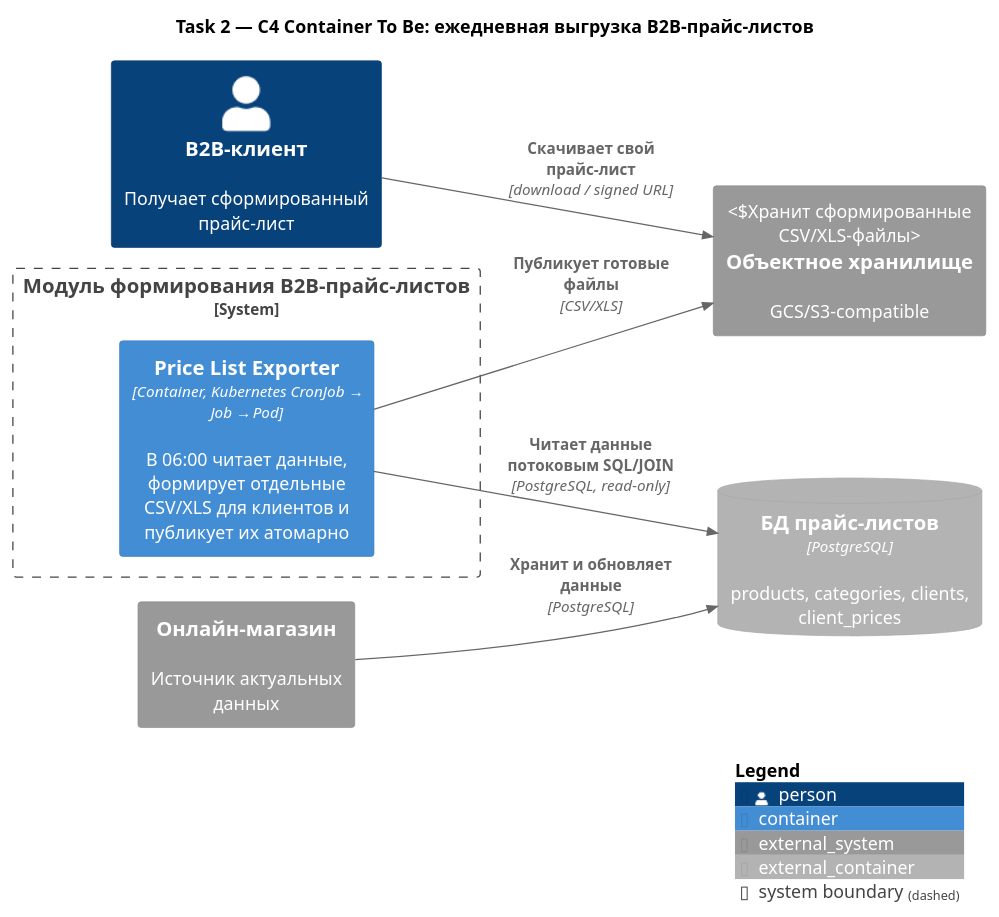
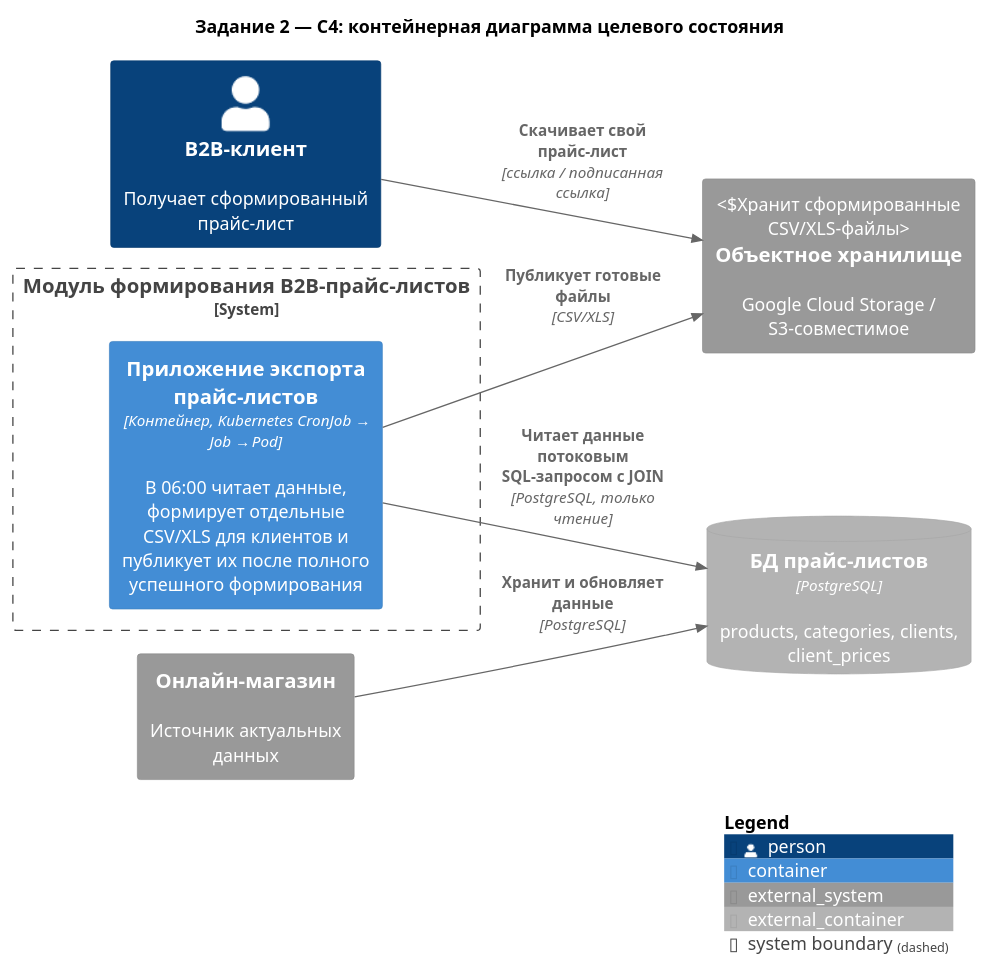
Before and after one commit to FFinn/msa-project-5-base-v1: the diagram in task-2/results/c4-to-be.puml, drawn with PlantUML.

Commit message:
Русифицировать контейнерную C4-диаграмму задания 2

```diff
--- a/task-2/results/c4-to-be.puml
+++ b/task-2/results/c4-to-be.puml
@@ -1,24 +1,24 @@
 @startuml Task2_C4_Container_ToBe
 !include https://raw.githubusercontent.com/plantuml-stdlib/C4-PlantUML/master/C4_Container.puml
 
 LAYOUT_LEFT_RIGHT()
 
-title Task 2 — C4 Container To Be: ежедневная выгрузка B2B-прайс-листов
+title Задание 2 — C4: контейнерная диаграмма целевого состояния
 
 Person(b2b, "B2B-клиент", "Получает сформированный прайс-лист")
 
 System_Ext(shop, "Онлайн-магазин", "Источник актуальных данных")
 ContainerDb_Ext(priceDb, "БД прайс-листов", "PostgreSQL", "products, categories, clients, client_prices")
-System_Ext(objectStorage, "Объектное хранилище", "GCS/S3-compatible", "Хранит сформированные CSV/XLS-файлы")
+System_Ext(objectStorage, "Объектное хранилище", "Google Cloud Storage / S3-совместимое", "Хранит сформированные CSV/XLS-файлы")
 
 System_Boundary(priceListSystem, "Модуль формирования B2B-прайс-листов") {
-    Container(exporter, "Price List Exporter", "Container, Kubernetes CronJob → Job → Pod", "В 06:00 читает данные, формирует отдельные CSV/XLS для клиентов и публикует их атомарно")
+    Container(exporter, "Приложение экспорта прайс-листов", "Контейнер, Kubernetes CronJob → Job → Pod", "В 06:00 читает данные, формирует отдельные CSV/XLS для клиентов и публикует их после полного успешного формирования")
 }
 
 Rel(shop, priceDb, "Хранит и обновляет данные", "PostgreSQL")
-Rel(exporter, priceDb, "Читает данные потоковым SQL/JOIN", "PostgreSQL, read-only")
+Rel(exporter, priceDb, "Читает данные потоковым SQL-запросом с JOIN", "PostgreSQL, только чтение")
 Rel(exporter, objectStorage, "Публикует готовые файлы", "CSV/XLS")
-Rel(b2b, objectStorage, "Скачивает свой прайс-лист", "download / signed URL")
+Rel(b2b, objectStorage, "Скачивает свой прайс-лист", "ссылка / подписанная ссылка")
 
 SHOW_LEGEND()
 @enduml
```
